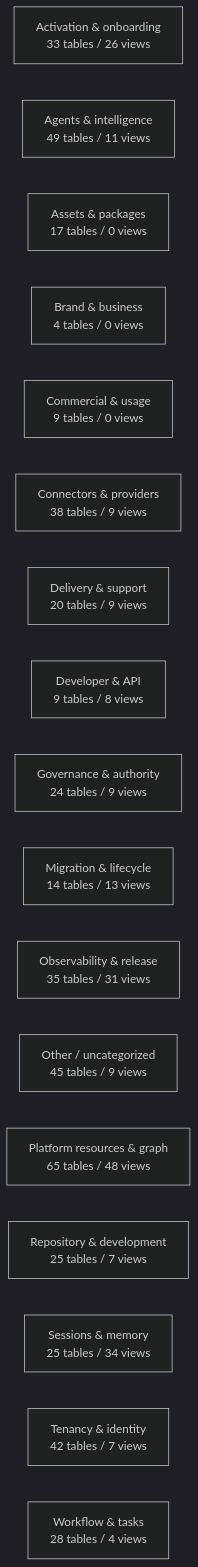
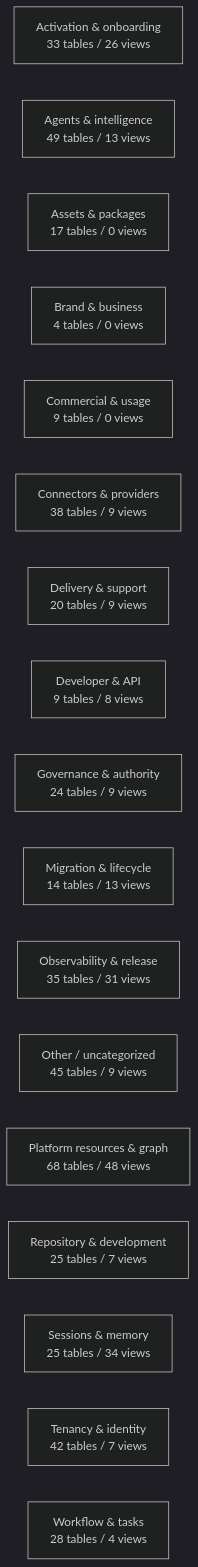
One commit to mad4bdigital-ai/multi-business-multi-role-growth-intelligence-os changed the diagram in docs/work-maps/data-model-domain-map.md. Above: the diagram before and after it, drawn with Mermaid (dark theme). The commit also changed other lines of this file and 6 other files, not shown here.

````diff
--- a/docs/work-maps/data-model-domain-map.md
+++ b/docs/work-maps/data-model-domain-map.md
@@ -9,20 +9,20 @@
 ```mermaid
 flowchart LR
   n_Activation___onboarding["Activation & onboarding<br/>33 tables / 26 views"]
-  n_Agents___intelligence["Agents & intelligence<br/>49 tables / 11 views"]
+  n_Agents___intelligence["Agents & intelligence<br/>49 tables / 13 views"]
   n_Assets___packages["Assets & packages<br/>17 tables / 0 views"]
   n_Brand___business["Brand & business<br/>4 tables / 0 views"]
   n_Commercial___usage["Commercial & usage<br/>9 tables / 0 views"]
   n_Connectors___providers["Connectors & providers<br/>38 tables / 9 views"]
   n_Delivery___support["Delivery & support<br/>20 tables / 9 views"]
   n_Developer___API["Developer & API<br/>9 tables / 8 views"]
   n_Governance___authority["Governance & authority<br/>24 tables / 9 views"]
   n_Migration___lifecycle["Migration & lifecycle<br/>14 tables / 13 views"]
   n_Observability___release["Observability & release<br/>35 tables / 31 views"]
   n_Other___uncategorized["Other / uncategorized<br/>45 tables / 9 views"]
-  n_Platform_resources___graph["Platform resources & graph<br/>65 tables / 48 views"]
+  n_Platform_resources___graph["Platform resources & graph<br/>68 tables / 48 views"]
   n_Repository___development["Repository & development<br/>25 tables / 7 views"]
   n_Sessions___memory["Sessions & memory<br/>25 tables / 34 views"]
   n_Tenancy___identity["Tenancy & identity<br/>42 tables / 7 views"]
   n_Workflow___tasks["Workflow & tasks<br/>28 tables / 4 views"]
 ```
````
